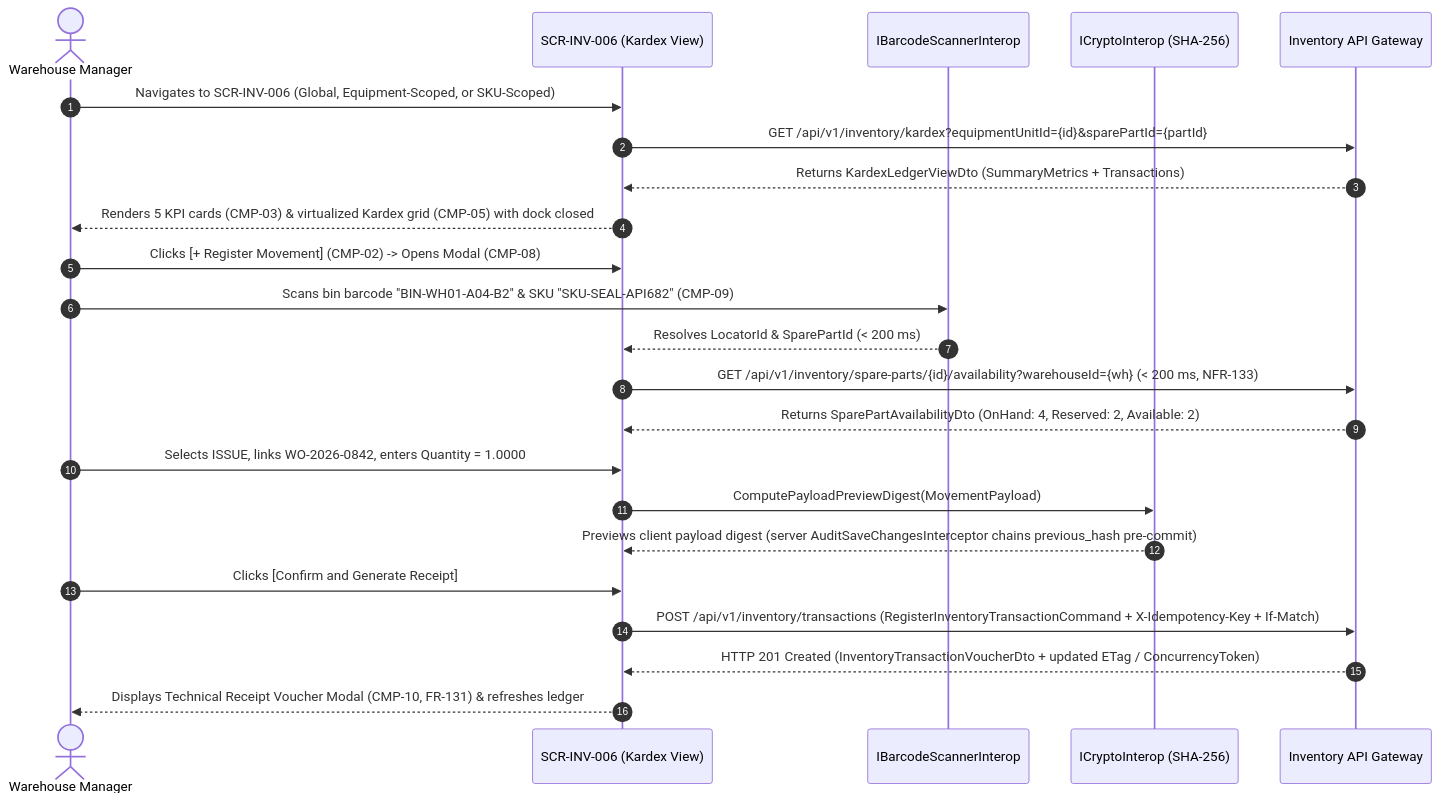
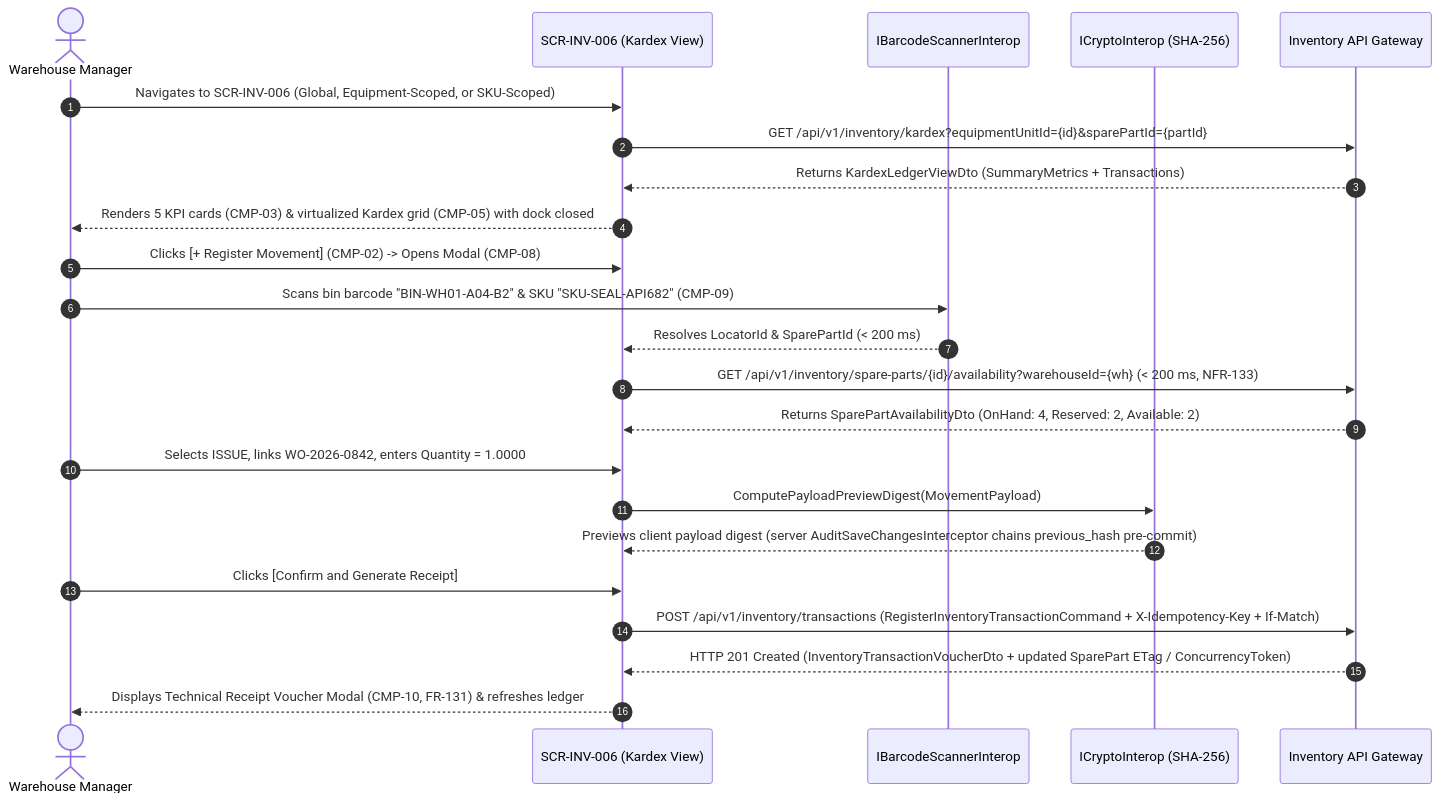
One commit to Novav20/adso-dteam-docs changed the diagram in ui-ux/screens/inv/SCR-INV-006.md. Above: the diagram before and after it, drawn with Mermaid. The commit also changed 10 other files, not shown here.

````diff
--- a/ui-ux/screens/inv/SCR-INV-006.md
+++ b/ui-ux/screens/inv/SCR-INV-006.md
@@ -240,26 +240,26 @@
 ```mermaid
 sequenceDiagram
     autonumber
     actor WM as Warehouse Manager
     participant UI as SCR-INV-006 (Kardex View)
     participant Scanner as IBarcodeScannerInterop
     participant Crypto as ICryptoInterop (SHA-256)
     participant API as Inventory API Gateway
 
     WM->>UI: Navigates to SCR-INV-006 (Global, Equipment-Scoped, or SKU-Scoped)
     UI->>API: GET /api/v1/inventory/kardex?equipmentUnitId={id}&sparePartId={partId}
     API-->>UI: Returns KardexLedgerViewDto (SummaryMetrics + Transactions)
     UI-->>WM: Renders 5 KPI cards (CMP-03) & virtualized Kardex grid (CMP-05) with dock closed
     WM->>UI: Clicks [+ Register Movement] (CMP-02) -> Opens Modal (CMP-08)
     WM->>Scanner: Scans bin barcode "BIN-WH01-A04-B2" & SKU "SKU-SEAL-API682" (CMP-09)
     Scanner-->>UI: Resolves LocatorId & SparePartId (< 200 ms)
     UI->>API: GET /api/v1/inventory/spare-parts/{id}/availability?warehouseId={wh} (< 200 ms, NFR-133)
     API-->>UI: Returns SparePartAvailabilityDto (OnHand: 4, Reserved: 2, Available: 2)
     WM->>UI: Selects ISSUE, links WO-2026-0842, enters Quantity = 1.0000
     UI->>Crypto: ComputePayloadPreviewDigest(MovementPayload)
     Crypto-->>UI: Previews client payload digest (server AuditSaveChangesInterceptor chains previous_hash pre-commit)
     WM->>UI: Clicks [Confirm and Generate Receipt]
     UI->>API: POST /api/v1/inventory/transactions (RegisterInventoryTransactionCommand + X-Idempotency-Key + If-Match)
-    API-->>UI: HTTP 201 Created (InventoryTransactionVoucherDto + updated ETag / ConcurrencyToken)
+    API-->>UI: HTTP 201 Created (InventoryTransactionVoucherDto + updated SparePart ETag / ConcurrencyToken)
     UI-->>WM: Displays Technical Receipt Voucher Modal (CMP-10, FR-131) & refreshes ledger
 ```
````
